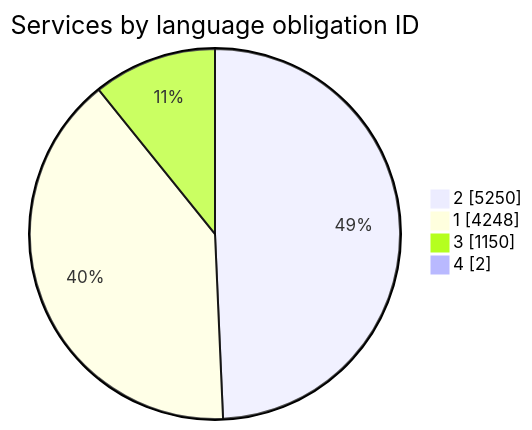
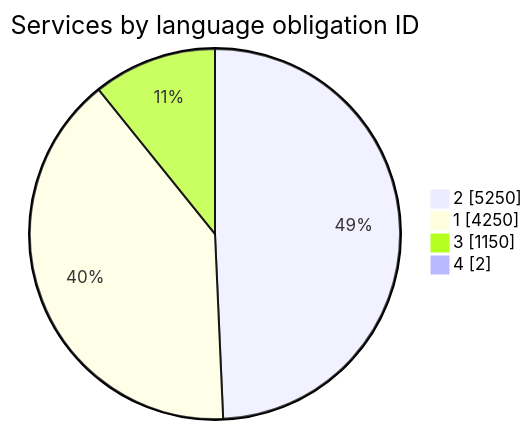
One commit to PatLittle/test changed the second of 3 diagrams in burolis/README.md. Above: the diagram before and after it, drawn with Mermaid. The commit also changed other lines of this file and 6 other files, not shown here.

````diff
--- a/burolis/README.md
+++ b/burolis/README.md
@@ -90,8 +91,8 @@
 ```mermaid
 pie showData
     title Services by language obligation ID
     "2" : 5250
-    "1" : 4248
+    "1" : 4250
     "3" : 1150
     "4" : 2
 ```
````
